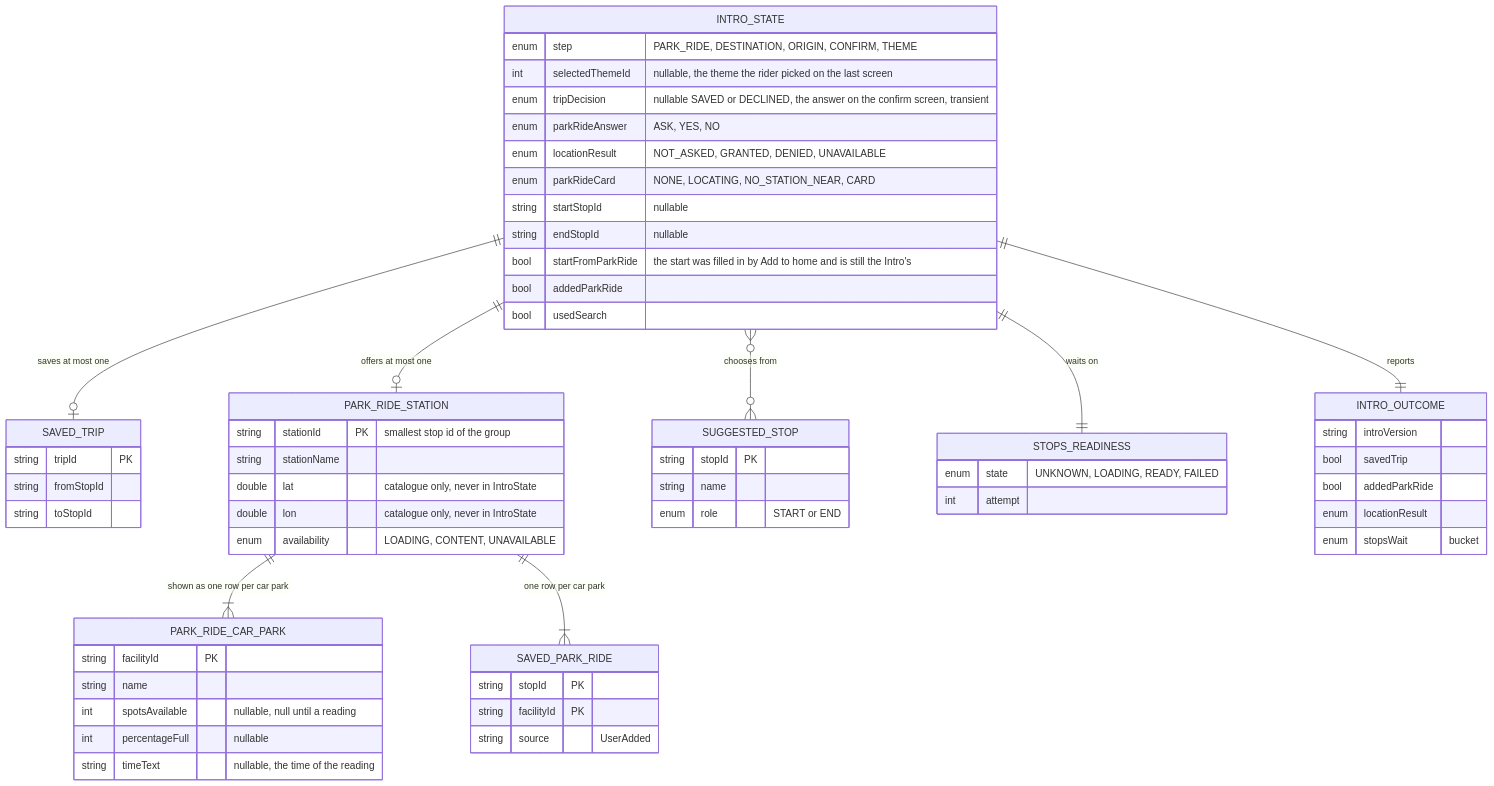
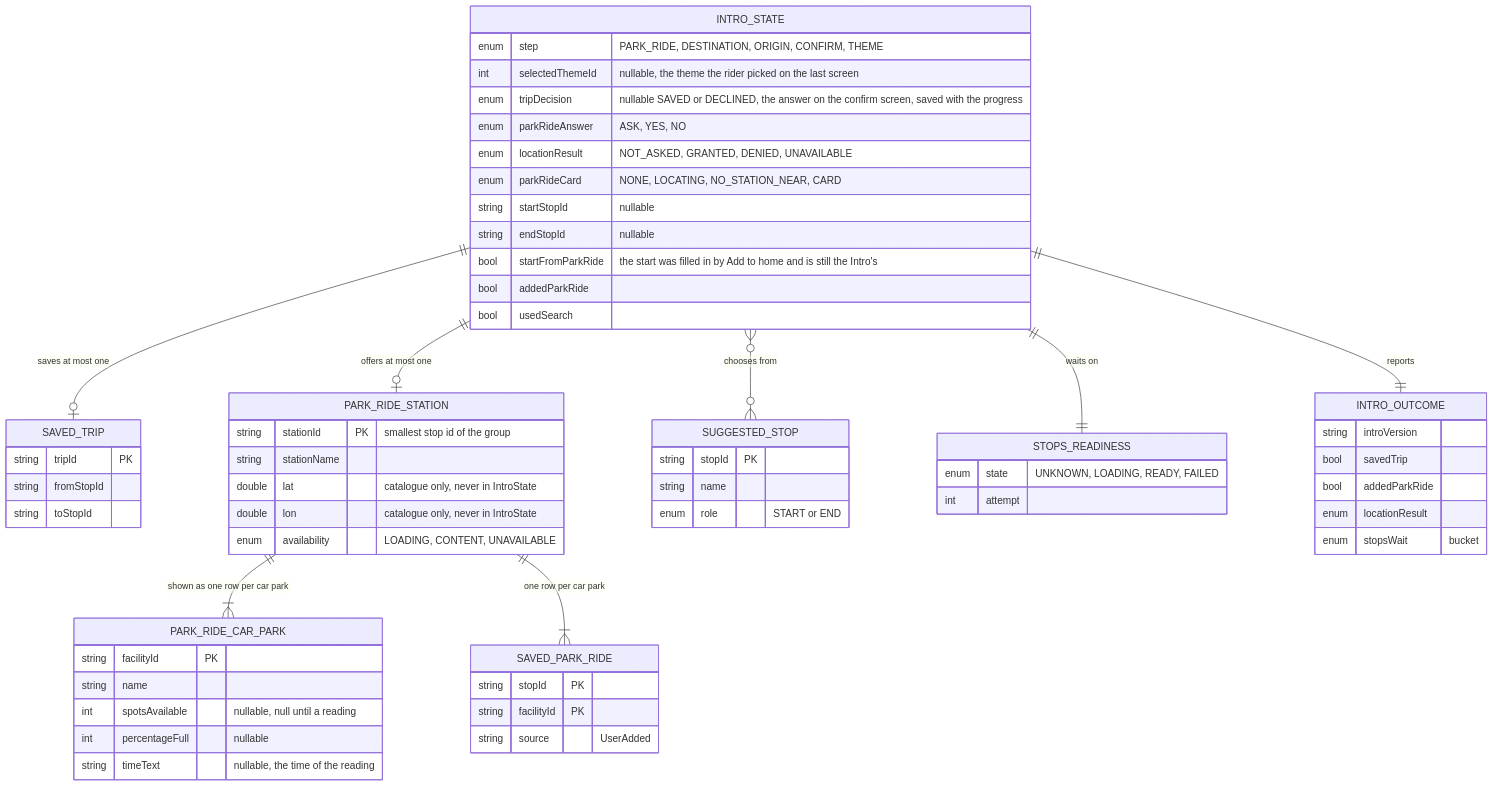
One commit to ksharma-xyz/KRAIL changed the first of 4 diagrams in docs/features/intro/ERD.md. Above: the diagram before and after it, drawn with Mermaid. The commit also changed other lines of this file and 4 other files, not shown here.

````diff
--- a/docs/features/intro/ERD.md
+++ b/docs/features/intro/ERD.md
@@ -35,63 +35,63 @@
 ```mermaid
 erDiagram
     INTRO_STATE ||--o| SAVED_TRIP : "saves at most one"
     INTRO_STATE ||--o| PARK_RIDE_STATION : "offers at most one"
     PARK_RIDE_STATION ||--|{ PARK_RIDE_CAR_PARK : "shown as one row per car park"
     PARK_RIDE_STATION ||--|{ SAVED_PARK_RIDE : "one row per car park"
     INTRO_STATE }o--o{ SUGGESTED_STOP : "chooses from"
     INTRO_STATE ||--|| STOPS_READINESS : "waits on"
     INTRO_STATE ||--|| INTRO_OUTCOME : "reports"
     INTRO_STATE {
         enum step "PARK_RIDE, DESTINATION, ORIGIN, CONFIRM, THEME"
         int selectedThemeId "nullable, the theme the rider picked on the last screen"
-        enum tripDecision "nullable SAVED or DECLINED, the answer on the confirm screen, transient"
+        enum tripDecision "nullable SAVED or DECLINED, the answer on the confirm screen, saved with the progress"
         enum parkRideAnswer "ASK, YES, NO"
         enum locationResult "NOT_ASKED, GRANTED, DENIED, UNAVAILABLE"
         enum parkRideCard "NONE, LOCATING, NO_STATION_NEAR, CARD"
         string startStopId "nullable"
         string endStopId "nullable"
         bool startFromParkRide "the start was filled in by Add to home and is still the Intro's"
         bool addedParkRide
         bool usedSearch
     }
     SUGGESTED_STOP {
         string stopId PK
         string name
         enum role "START or END"
     }
     PARK_RIDE_STATION {
         string stationId PK "smallest stop id of the group"
         string stationName
         double lat "catalogue only, never in IntroState"
         double lon "catalogue only, never in IntroState"
         enum availability "LOADING, CONTENT, UNAVAILABLE"
     }
     PARK_RIDE_CAR_PARK {
         string facilityId PK
         string name
         int spotsAvailable "nullable, null until a reading"
         int percentageFull "nullable"
         string timeText "nullable, the time of the reading"
     }
     SAVED_PARK_RIDE {
         string stopId PK
         string facilityId PK
         string source "UserAdded"
     }
     SAVED_TRIP {
         string tripId PK
         string fromStopId
         string toStopId
     }
     STOPS_READINESS {
         enum state "UNKNOWN, LOADING, READY, FAILED"
         int attempt
     }
     INTRO_OUTCOME {
         string introVersion
         bool savedTrip
         bool addedParkRide
         enum locationResult
         enum stopsWait "bucket"
     }
 ```
````
